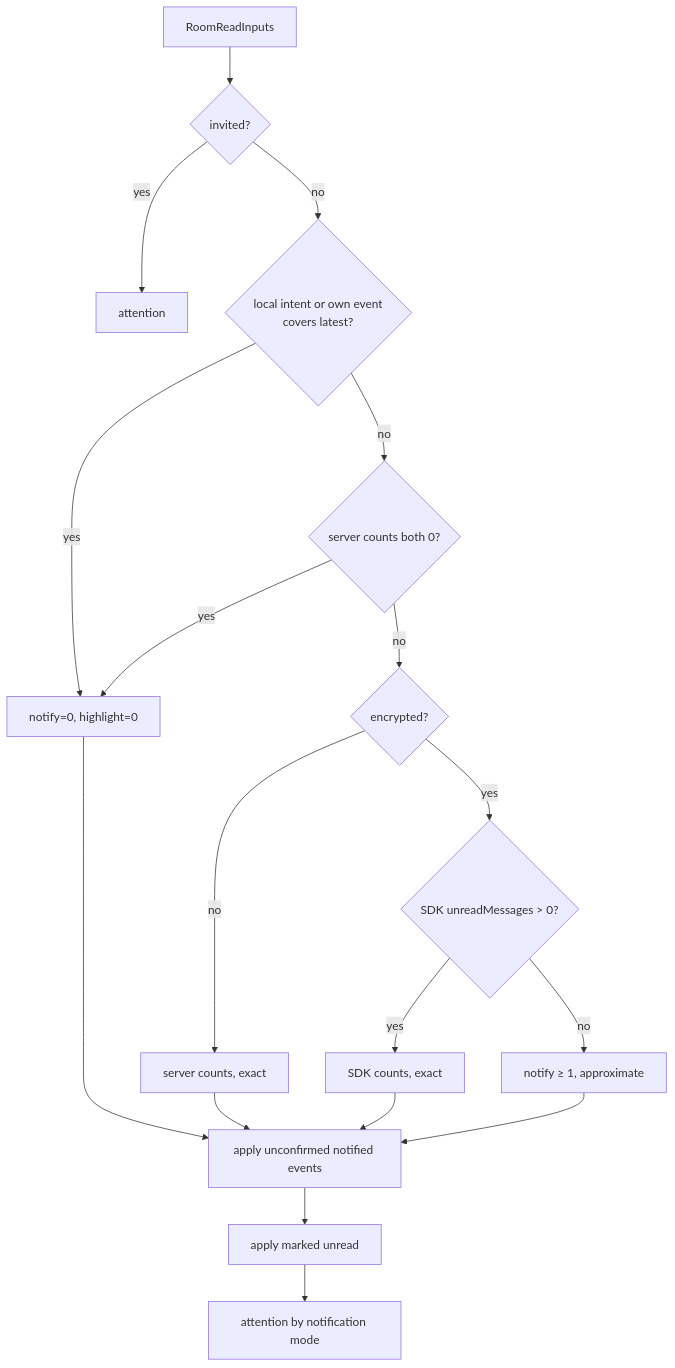
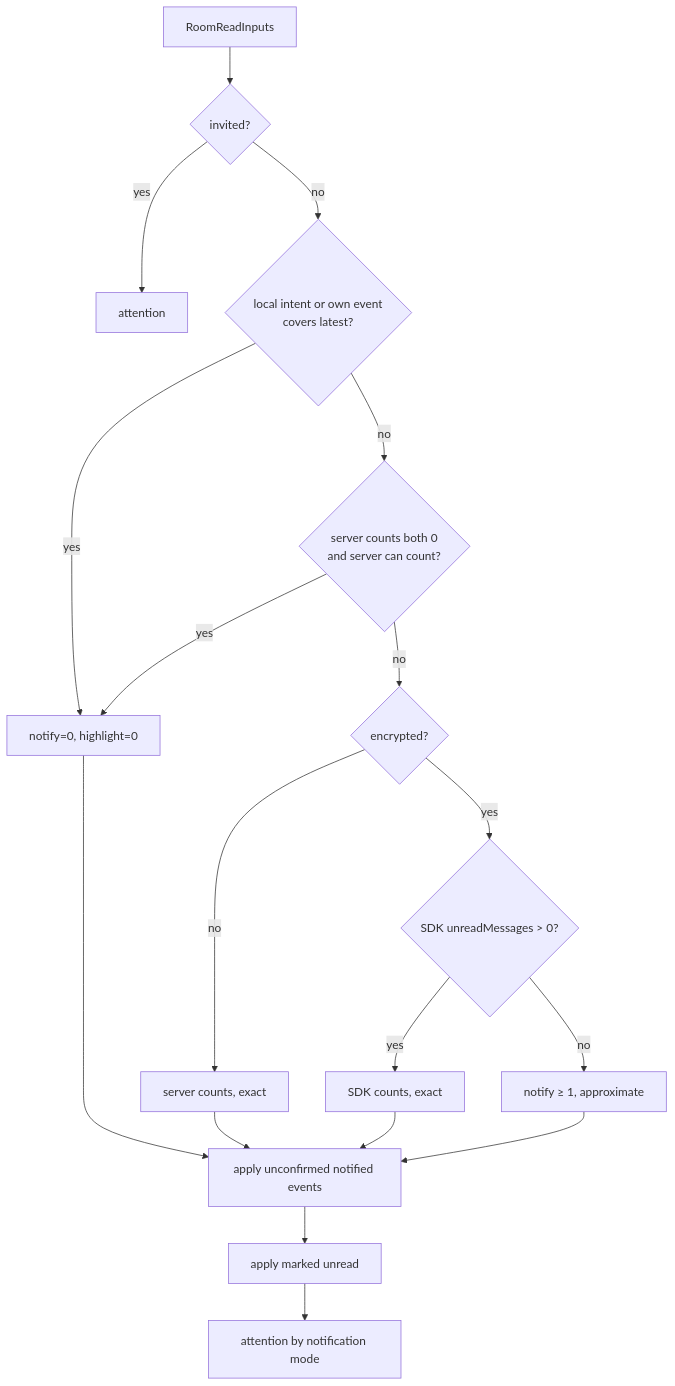
One commit to evan1ee/halo changed the first of 2 diagrams in docs/matrix/UNREAD_STATE.md. Above: the diagram before and after it, drawn with Mermaid. The commit also changed other lines of this file and 9 other files, not shown here.

````diff
--- a/docs/matrix/UNREAD_STATE.md
+++ b/docs/matrix/UNREAD_STATE.md
@@ -116,20 +119,20 @@
 ```mermaid
 flowchart TD
   S[RoomReadInputs] --> I{invited?}
   I -- yes --> ATT[attention]
   I -- no --> E1{local intent or own event<br/>covers latest?}
   E1 -- yes --> Z[notify=0, highlight=0]
-  E1 -- no --> E2{server counts both 0?}
+  E1 -- no --> E2{server counts both 0<br/>and server can count?}
   E2 -- yes --> Z
   E2 -- no --> ENC{encrypted?}
   ENC -- no --> SC[server counts, exact]
   ENC -- yes --> SAW{SDK unreadMessages > 0?}
   SAW -- yes --> SDKC[SDK counts, exact]
   SAW -- no --> BLIND[notify ≥ 1, approximate]
   Z --> E4
   SC --> E4
   SDKC --> E4
   BLIND --> E4
   E4[apply unconfirmed notified events] --> E5[apply marked unread]
   E5 --> MODE[attention by notification mode]
 ```
````
